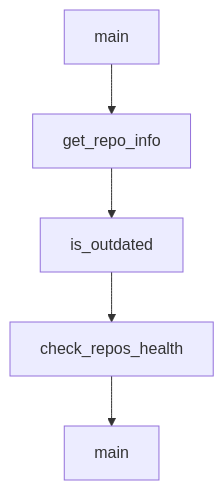
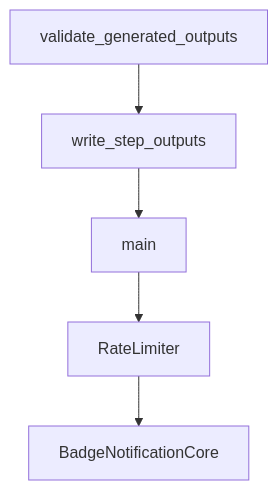
The diagram in tutorials/awesome-claude-code-tutorial/04-skills-hooks-and-slash-command-patterns.md (johnxie/awesome-code-docs), drawn with Mermaid before and after one commit. The commit also changed other lines of this file and 1232 other files, not shown here.

````diff
--- a/tutorials/awesome-claude-code-tutorial/04-skills-hooks-and-slash-command-patterns.md
+++ b/tutorials/awesome-claude-code-tutorial/04-skills-hooks-and-slash-command-patterns.md
@@ -221,12 +219,12 @@
 ```mermaid
 flowchart TD
-    A[main]
-    B[get_repo_info]
-    C[is_outdated]
-    D[check_repos_health]
-    E[main]
+    A[validate_generated_outputs]
+    B[write_step_outputs]
+    C[main]
+    D[RateLimiter]
+    E[BadgeNotificationCore]
     A --> B
     B --> C
     C --> D
     D --> E
 ```
````
